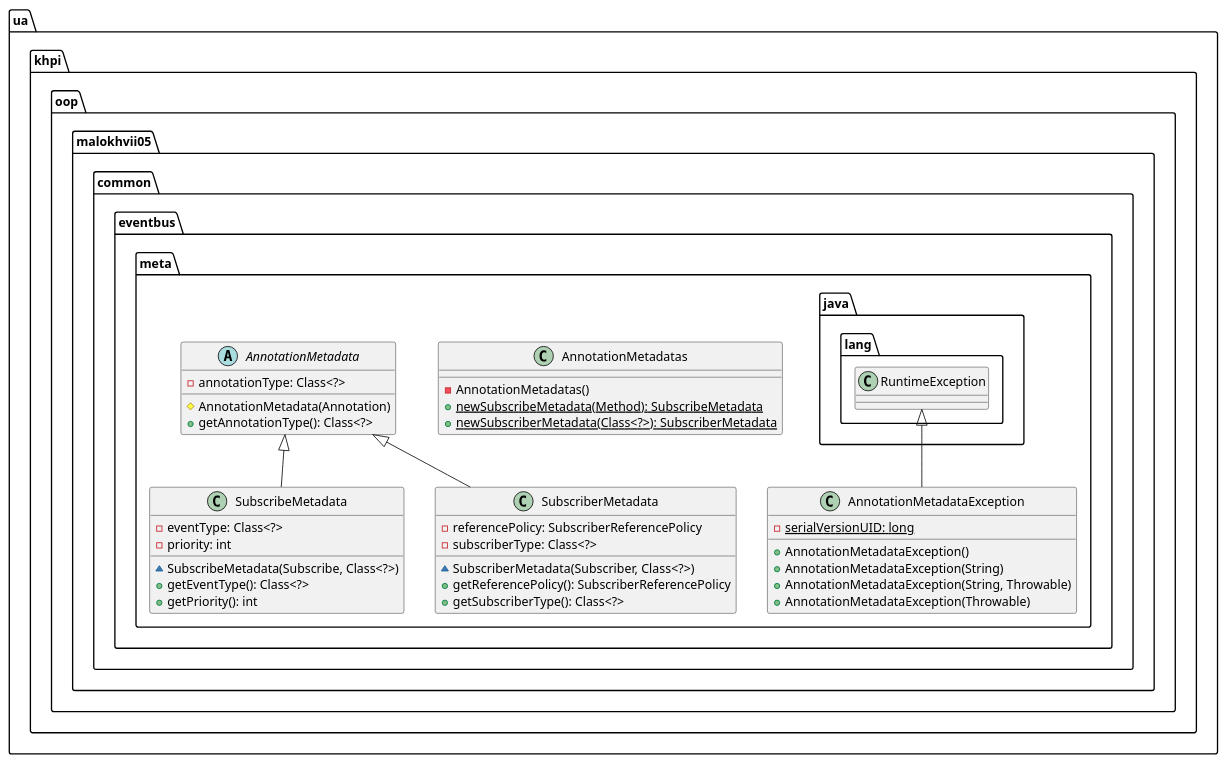
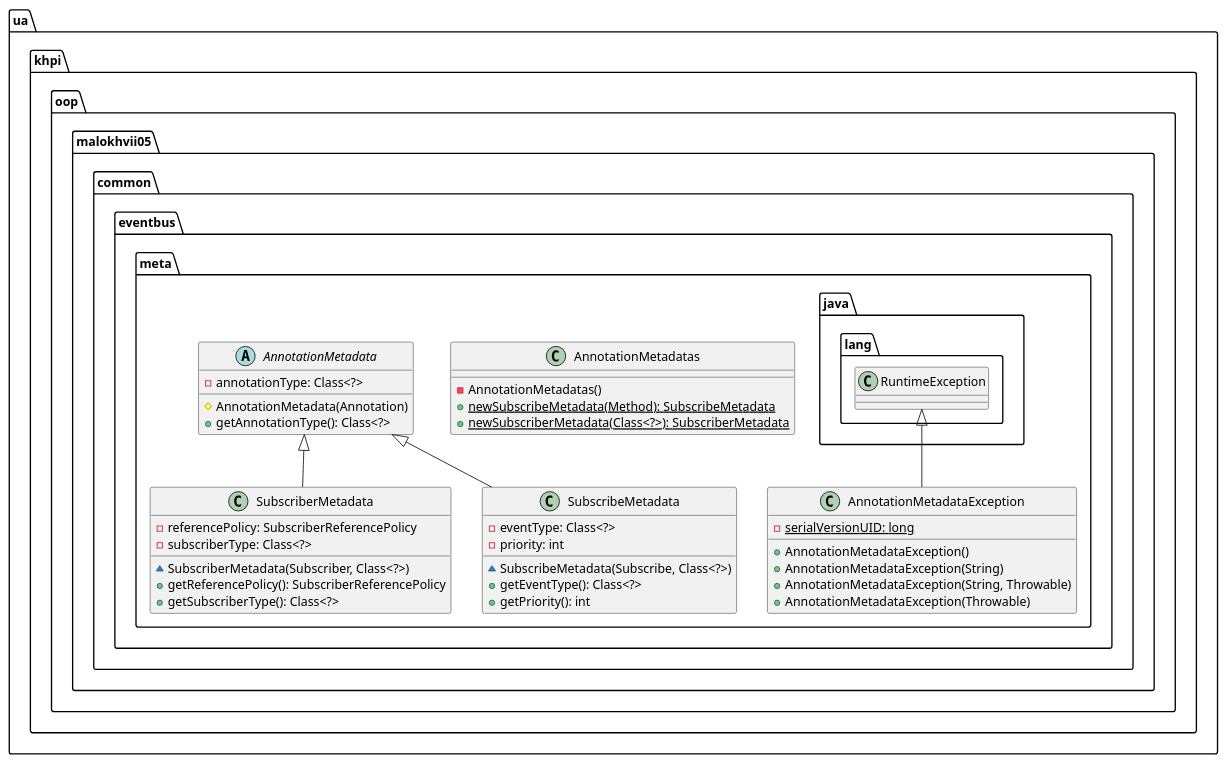
Before and after one commit to P-Kalin/kit26a: the diagram in malokhvii-eduard/malokhvii05/doc/plantuml/ua/khpi/oop/malokhvii05/common/eventbus/meta/package.puml, drawn with PlantUML. The commit also changed other lines of this file and 135 other files, not shown here.

Commit message:
#3, #15 malokhvii05: update graphs

```diff
--- a/malokhvii-eduard/malokhvii05/doc/plantuml/ua/khpi/oop/malokhvii05/common/eventbus/meta/package.puml
+++ b/malokhvii-eduard/malokhvii05/doc/plantuml/ua/khpi/oop/malokhvii05/common/eventbus/meta/package.puml
@@ -1,50 +1,50 @@
 @startuml
 
     namespace ua.khpi.oop.malokhvii05.common.eventbus.meta {
 
-        class AnnotationMetadatas {
-            -AnnotationMetadatas()
-            {static} +newSubscribeMetadata(Method): SubscribeMetadata
-            {static} +newSubscriberMetadata(Class<?>): SubscriberMetadata
+        class SubscriberMetadata {
+            -referencePolicy: SubscriberReferencePolicy
+            -subscriberType: Class<?>
+            ~SubscriberMetadata(Subscriber, Class<?>)
+            +getReferencePolicy(): SubscriberReferencePolicy
+            +getSubscriberType(): Class<?>
         }
 
         class SubscribeMetadata {
             -eventType: Class<?>
             -priority: int
             ~SubscribeMetadata(Subscribe, Class<?>)
             +getEventType(): Class<?>
             +getPriority(): int
+        }
+
+        class AnnotationMetadatas {
+            -AnnotationMetadatas()
+            {static} +newSubscribeMetadata(Method): SubscribeMetadata
+            {static} +newSubscriberMetadata(Class<?>): SubscriberMetadata
         }
 
         class AnnotationMetadataException {
             {static} -serialVersionUID: long
             +AnnotationMetadataException()
             +AnnotationMetadataException(String)
             +AnnotationMetadataException(String, Throwable)
             +AnnotationMetadataException(Throwable)
         }
 
         abstract class AnnotationMetadata {
             -annotationType: Class<?>
             #AnnotationMetadata(Annotation)
             +getAnnotationType(): Class<?>
         }
 
-        class SubscriberMetadata {
-            -referencePolicy: SubscriberReferencePolicy
-            -subscriberType: Class<?>
-            ~SubscriberMetadata(Subscriber, Class<?>)
-            +getReferencePolicy(): SubscriberReferencePolicy
-            +getSubscriberType(): Class<?>
-        }
+        AnnotationMetadata <|-- SubscriberMetadata
 
         AnnotationMetadata <|-- SubscribeMetadata
 
         class java.lang.RuntimeException
         java.lang.RuntimeException <|-- AnnotationMetadataException
 
-        AnnotationMetadata <|-- SubscriberMetadata
-
     }
 
 @enduml
```
